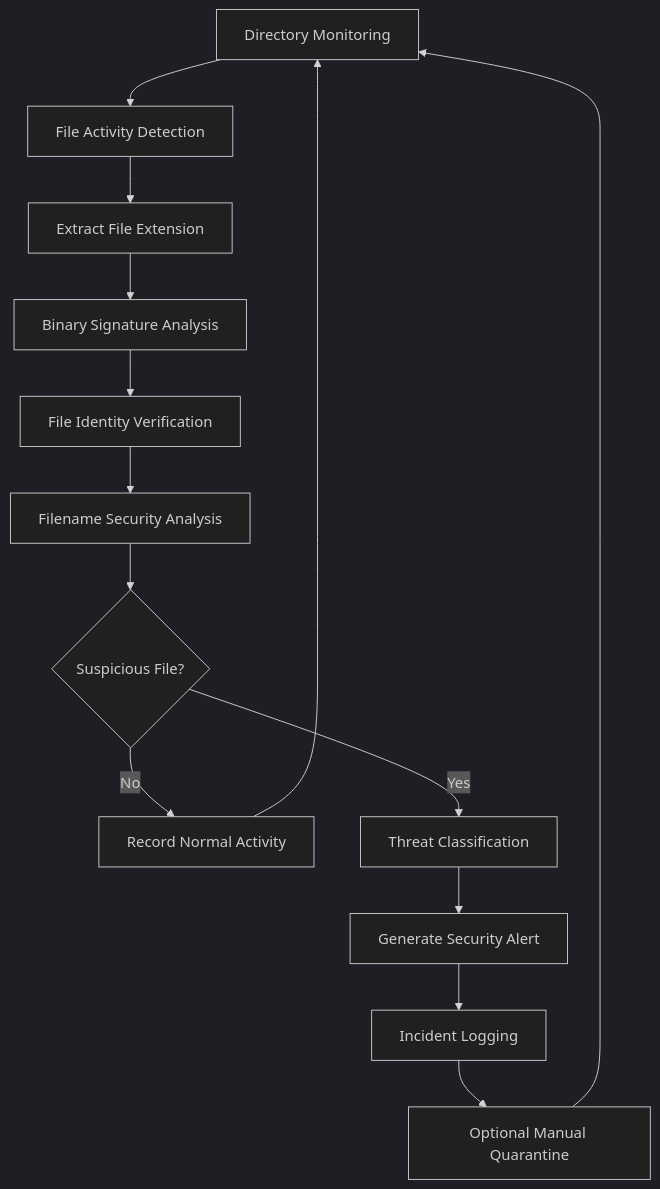
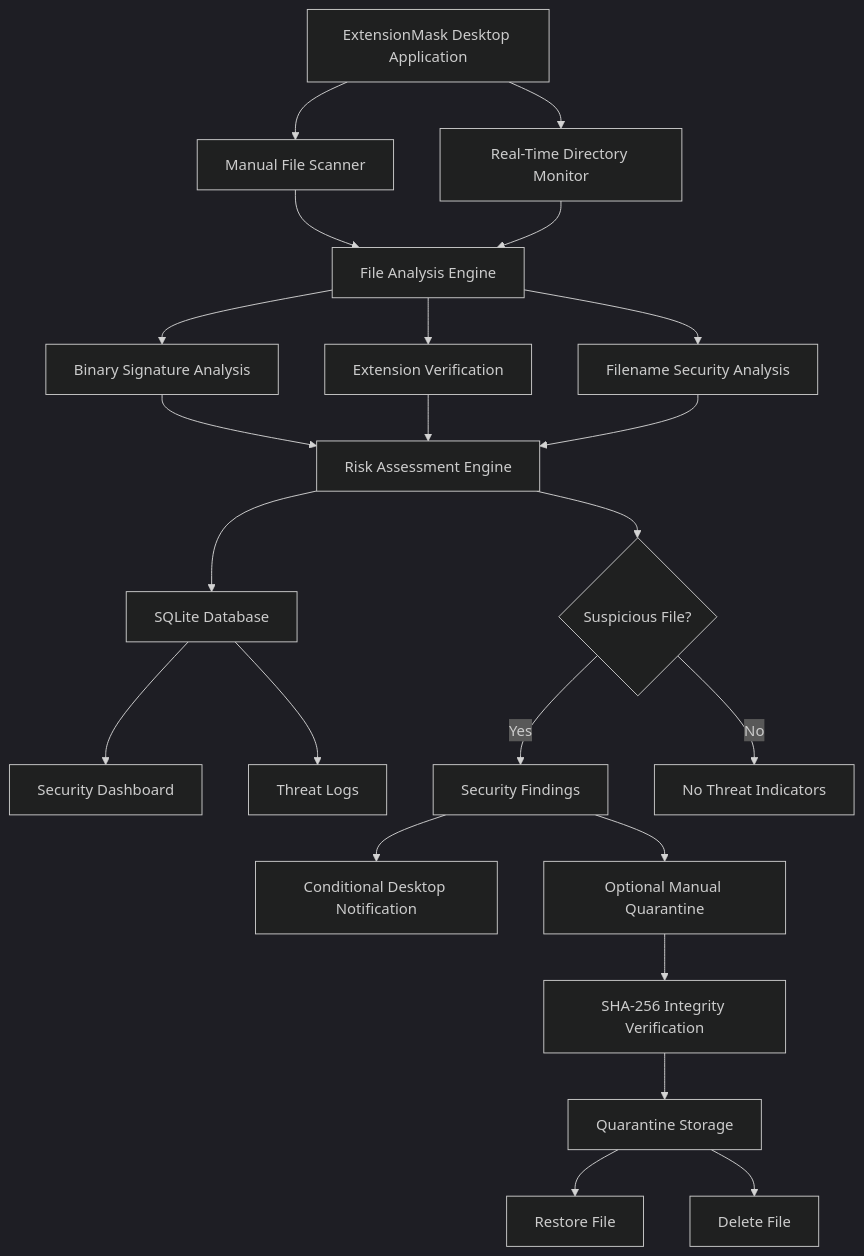
One commit to Amritasahu04/ExtentionMask changed the diagram in README.md. Above: the diagram before and after it, drawn with Mermaid (dark theme). The commit also changed other lines of this file and 1 other file, not shown here.

Commit message:
docs: finalize project documentation for ExtensionMask v1.0.0

````diff
--- a/README.md
+++ b/README.md
@@ -60,16 +93,34 @@
 ```mermaid
 flowchart TD
-    A[Directory Monitoring] --> B[File Activity Detection]
-    B --> C[Extract File Extension]
-    C --> D[Binary Signature Analysis]
-    D --> E[File Identity Verification]
-    E --> F[Filename Security Analysis]
-    F --> G{Suspicious File?}
-    G -->|No| H[Record Normal Activity]
-    G -->|Yes| I[Threat Classification]
-    I --> J[Generate Security Alert]
-    J --> K[Incident Logging]
-    K --> L[Optional Manual Quarantine]
-    H --> A
-    L --> A
+    A[ExtensionMask Desktop Application] --> B[Manual File Scanner]
+    A --> C[Real-Time Directory Monitor]
+
+    B --> D[File Analysis Engine]
+    C --> D
+
+    D --> E[Binary Signature Analysis]
+    D --> F[Extension Verification]
+    D --> G[Filename Security Analysis]
+
+    E --> H[Risk Assessment Engine]
+    F --> H
+    G --> H
+
+    H --> I[SQLite Database]
+    H --> J{Suspicious File?}
+
+    I --> K[Security Dashboard]
+    I --> L[Threat Logs]
+
+    J -->|Yes| M[Security Findings]
+    J -->|No| N[No Threat Indicators]
+
+    M --> O[Conditional Desktop Notification]
+    M --> P[Optional Manual Quarantine]
+
+    P --> Q[SHA-256 Integrity Verification]
+    Q --> R[Quarantine Storage]
+
+    R --> S[Restore File]
+    R --> T[Delete File]
 ```
````
